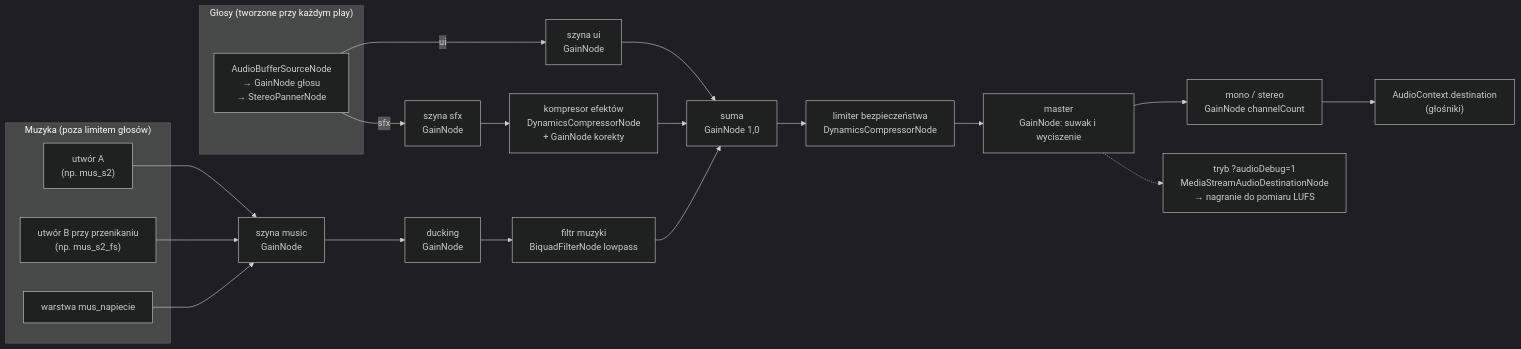
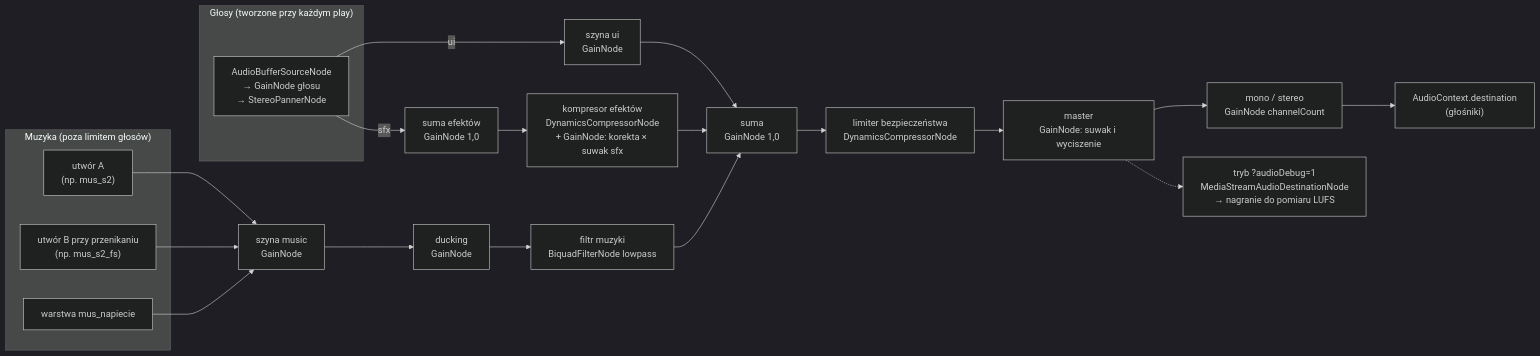
One commit to CasinoPlayer/Symulator-Kasyna changed the first of 4 diagrams in docs/projekt/05-dzwiek-i-muzyka.md. Above: the diagram before and after it, drawn with Mermaid (dark theme). The commit also changed other lines of this file and 9 other files, not shown here.

````diff
--- a/docs/projekt/05-dzwiek-i-muzyka.md
+++ b/docs/projekt/05-dzwiek-i-muzyka.md
@@ -221,27 +233,27 @@
 ```mermaid
 flowchart LR
   subgraph G["Głosy (tworzone przy każdym play)"]
     V["AudioBufferSourceNode<br/>→ GainNode głosu<br/>→ StereoPannerNode"]
   end
   subgraph M["Muzyka (poza limitem głosów)"]
     MA["utwór A<br/>(np. mus_s2)"]
     MB["utwór B przy przenikaniu<br/>(np. mus_s2_fs)"]
     MN["warstwa mus_napiecie"]
   end
   V -->|ui| BUI["szyna ui<br/>GainNode"]
-  V -->|sfx| BSFX["szyna sfx<br/>GainNode"]
+  V -->|sfx| BSFX["suma efektów<br/>GainNode 1,0"]
   MA --> BMUS["szyna music<br/>GainNode"]
   MB --> BMUS
   MN --> BMUS
-  BSFX --> KOMP["kompresor efektów<br/>DynamicsCompressorNode<br/>+ GainNode korekty"]
+  BSFX --> KOMP["kompresor efektów<br/>DynamicsCompressorNode<br/>+ GainNode: korekta × suwak sfx"]
   BMUS --> DUCK["ducking<br/>GainNode"]
   DUCK --> LPF["filtr muzyki<br/>BiquadFilterNode lowpass"]
   BUI --> SUMA["suma<br/>GainNode 1,0"]
   KOMP --> SUMA
   LPF --> SUMA
   SUMA --> LIM["limiter bezpieczeństwa<br/>DynamicsCompressorNode"]
   LIM --> MASTER["master<br/>GainNode: suwak i wyciszenie"]
   MASTER --> MONO["mono / stereo<br/>GainNode channelCount"]
   MONO --> DEST["AudioContext.destination<br/>(głośniki)"]
   MASTER -.-> REC["tryb ?audioDebug=1<br/>MediaStreamAudioDestinationNode<br/>→ nagranie do pomiaru LUFS"]
 ```
````
